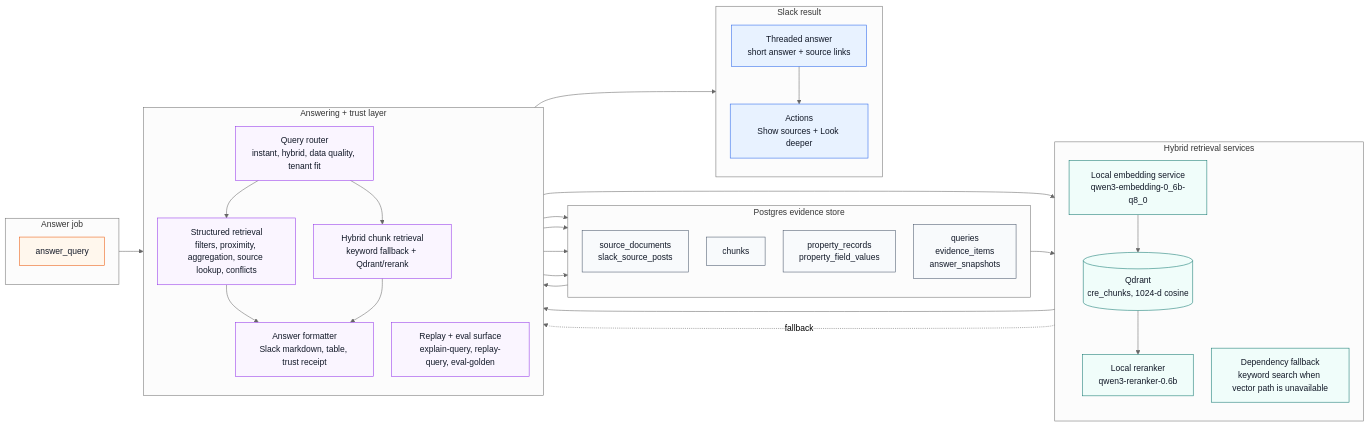
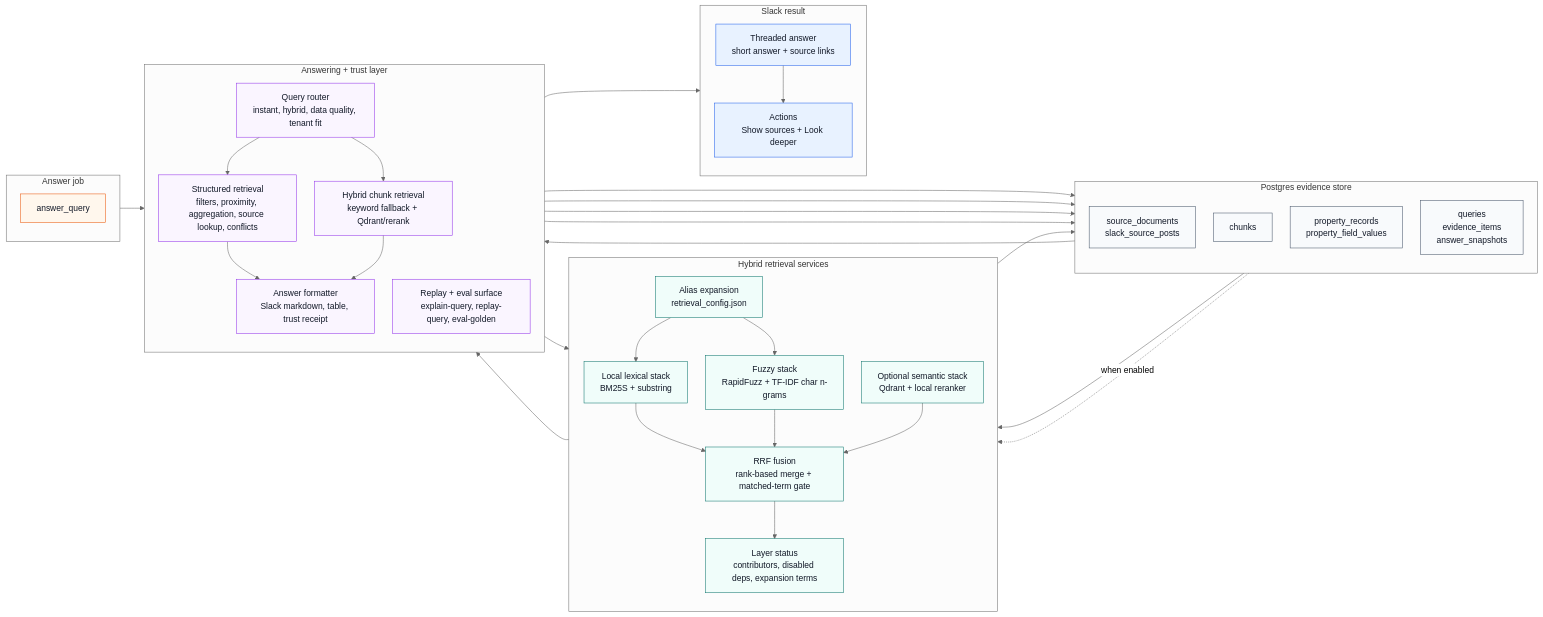
Before and after one commit to Aqwerty321/CRE-Knowledge-Engine: the third of 8 diagrams in README.md, drawn with Mermaid (neutral theme). The commit also changed other lines of this file and 21 other files, not shown here.

Commit message:
Add local hybrid retrieval stack

````diff
--- a/README.md
+++ b/README.md
@@ -155,67 +155,72 @@
 ```mermaid
 %%{init: {"flowchart": {"curve": "basis", "nodeSpacing": 34, "rankSpacing": 46}} }%%
 flowchart LR
     classDef jobs fill:#fff7ed,stroke:#ea580c,color:#111827
     classDef store fill:#f8fafc,stroke:#475569,color:#111827
     classDef vector fill:#f0fdfa,stroke:#0f766e,color:#111827
     classDef answer fill:#faf5ff,stroke:#9333ea,color:#111827
     classDef surface fill:#e8f2ff,stroke:#2563eb,color:#111827
 
     subgraph J[Answer job]
         direction TB
         J1[answer_query]
     end
 
     subgraph E[Postgres evidence store]
         direction TB
         E1[source_documents\nslack_source_posts]
         E2[chunks]
         E3[property_records\nproperty_field_values]
         E4[queries\nevidence_items\nanswer_snapshots]
     end
 
     subgraph V[Hybrid retrieval services]
         direction TB
-        V1[Local embedding service\nqwen3-embedding-0_6b-q8_0]
-        V2[(Qdrant\ncre_chunks, 1024-d cosine)]
-        V3[Local reranker\nqwen3-reranker-0.6b]
-        V4[Dependency fallback\nkeyword search when vector path is unavailable]
+        V0[Alias expansion\nretrieval_config.json]
+        V1[Local lexical stack\nBM25S + substring]
+        V2[Fuzzy stack\nRapidFuzz + TF-IDF char n-grams]
+        V3[RRF fusion\nrank-based merge + matched-term gate]
+        V4[Optional semantic stack\nQdrant + local reranker]
+        V5[Layer status\ncontributors, disabled deps, expansion terms]
     end
 
     subgraph R[Answering + trust layer]
         direction TB
         R1[Query router\ninstant, hybrid, data quality, tenant fit]
         R2[Structured retrieval\nfilters, proximity, aggregation, source lookup, conflicts]
         R3[Hybrid chunk retrieval\nkeyword fallback + Qdrant/rerank]
         R4[Answer formatter\nSlack markdown, table, trust receipt]
         R5[Replay + eval surface\nexplain-query, replay-query, eval-golden]
     end
 
     subgraph S[Slack result]
         direction TB
         S4[Threaded answer\nshort answer + source links]
         S3[Actions\nShow sources + Look deeper]
     end
 
-    E2 --> V1 --> V2 --> V3
+    E2 --> V0 --> V1 --> V3
+    V0 --> V2 --> V3
+    E2 -.when enabled.-> V4 --> V3
+    V3 --> V5
     J1 --> R1
     R1 --> R2
     R1 --> R3
     R2 --> E1
     R2 --> E3
     R3 --> E2
-    R3 --> V2
+    R3 --> V0
     V3 --> R3
-    V4 -.fallback.-> R3
+    V5 --> E4
     R2 --> R4
     R3 --> R4
     R4 --> E4
     E4 --> R5
     R4 --> S4 --> S3
 
     class J1 jobs
     class E1,E2,E3,E4 store
-    class V1,V2,V3,V4 vector
+    class V0,V1,V2,V3,V4,V5 vector
     class R1,R2,R3,R4,R5 answer
     class S3,S4 surface
 ```
````
